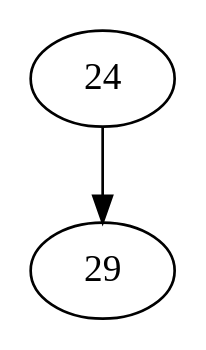
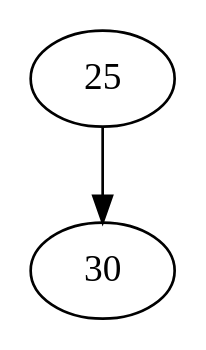
Before and after one commit to yangyixiaof/ConEvoDoop: the diagram in randoop-tests-dot/RegressionTest8_test1.dot, drawn with Graphviz. The commit also changed 4 other files, not shown here.

```diff
--- a/randoop-tests-dot/RegressionTest8_test1.dot
+++ b/randoop-tests-dot/RegressionTest8_test1.dot
@@ -1,8 +1,8 @@
 digraph {
 
 edge[fontname="SimSun",fontcolor=red];
 node[fontname="SimSun",size="20,20"];
 
-24->29;
+25->30;
 
 }
```
